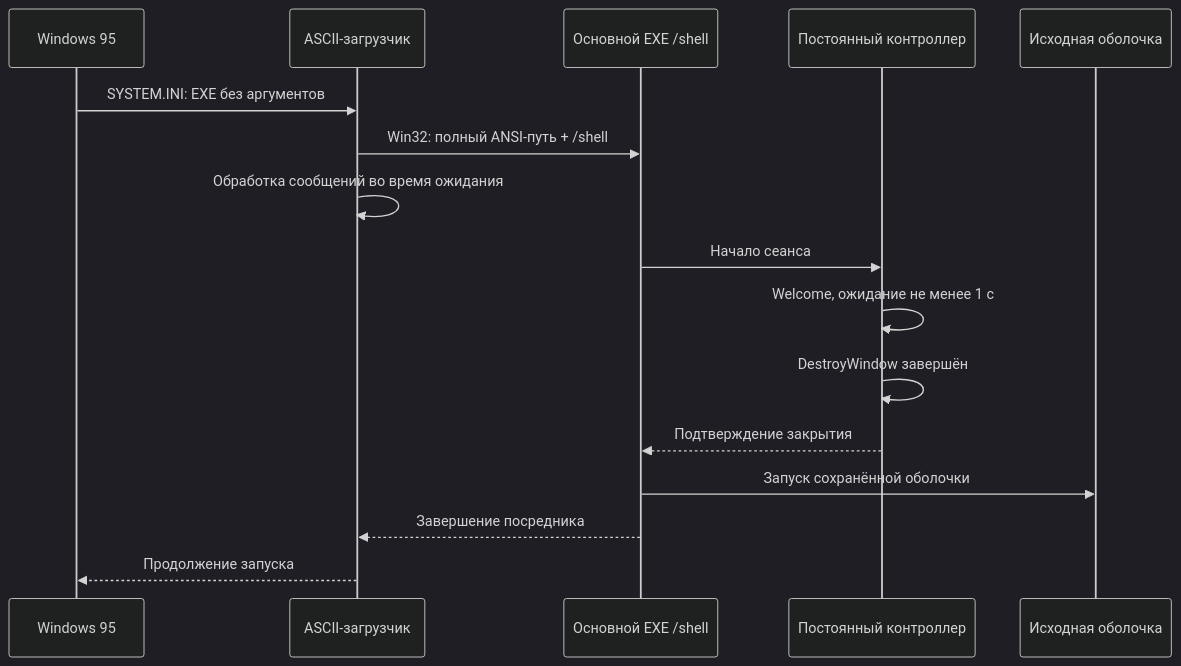
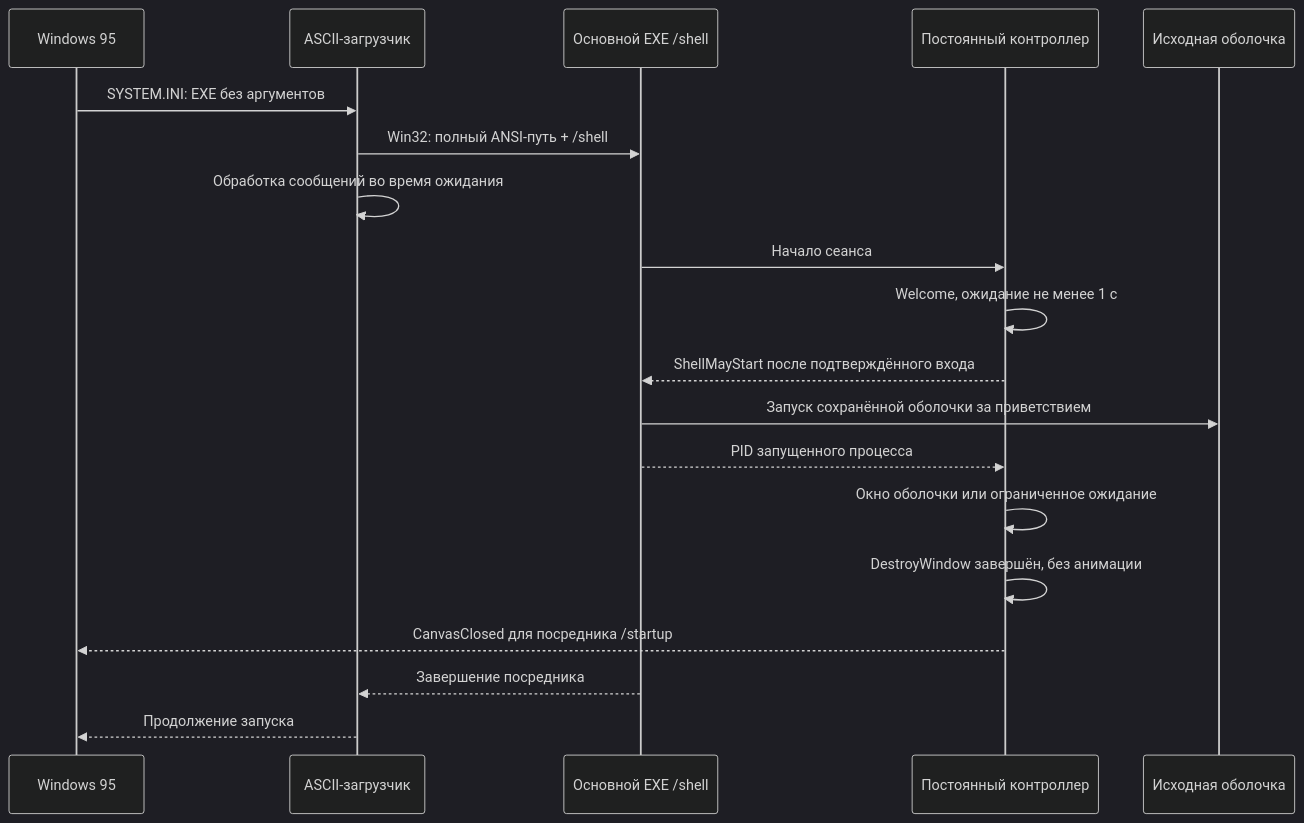
The diagram in docs/BOOT_FLOW.md (tapt1c/welcome95), drawn with Mermaid (dark theme) before and after one commit. The commit also changed other lines of this file and 14 other files, not shown here.

````diff
--- a/docs/BOOT_FLOW.md
+++ b/docs/BOOT_FLOW.md
@@ -37,18 +37,21 @@
 ```mermaid
 sequenceDiagram
     participant OS as Windows 95
     participant B as ASCII-загрузчик
     participant G as Основной EXE /shell
     participant C as Постоянный контроллер
     participant S as Исходная оболочка
     OS->>B: SYSTEM.INI: EXE без аргументов
     B->>G: Win32: полный ANSI-путь + /shell
     B->>B: Обработка сообщений во время ожидания
     G->>C: Начало сеанса
     C->>C: Welcome, ожидание не менее 1 с
-    C->>C: DestroyWindow завершён
-    C-->>G: Подтверждение закрытия
-    G->>S: Запуск сохранённой оболочки
+    C-->>G: ShellMayStart после подтверждённого входа
+    G->>S: Запуск сохранённой оболочки за приветствием
+    G-->>C: PID запущенного процесса
+    C->>C: Окно оболочки или ограниченное ожидание
+    C->>C: DestroyWindow завершён, без анимации
+    C-->>OS: CanvasClosed для посредника /startup
     G-->>B: Завершение посредника
     B-->>OS: Продолжение запуска
 ```
````
